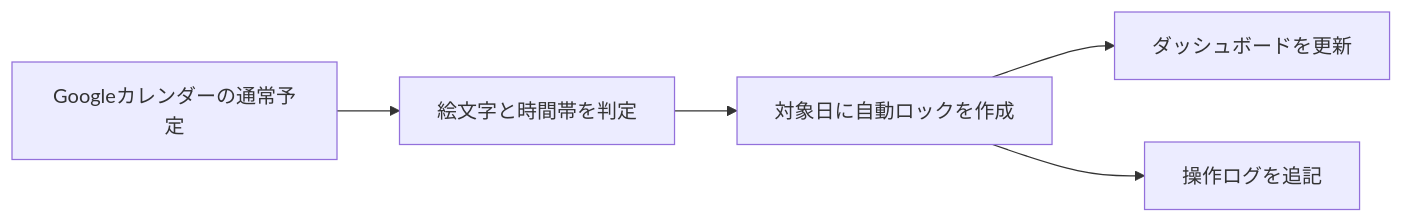
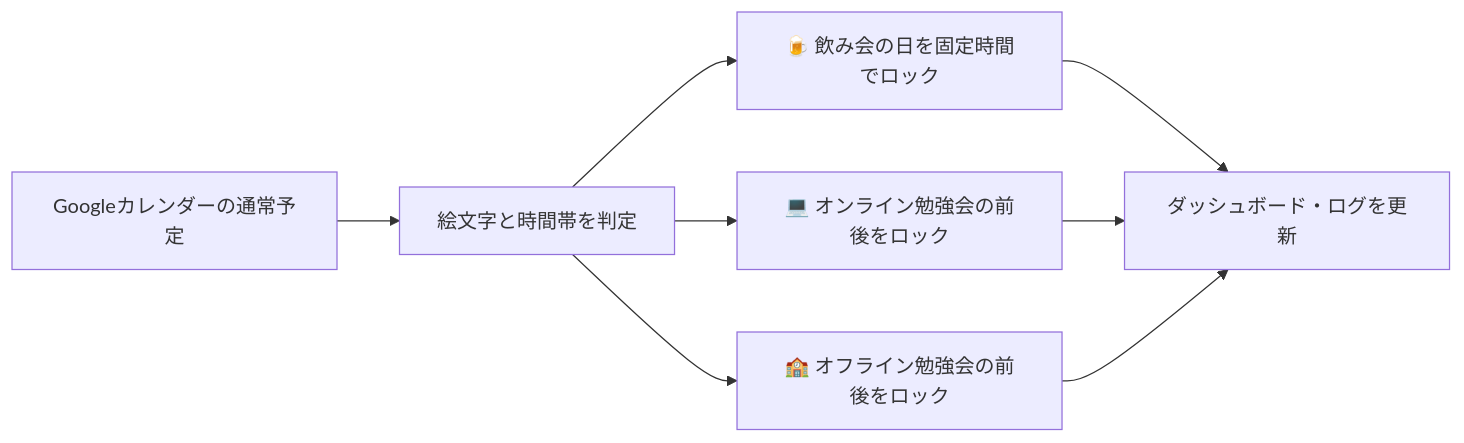
One commit to groundcobra009/calendar-emoji-time-lock-gas changed the diagram in README.md. Above: the diagram before and after it, drawn with Mermaid. The commit also changed other lines of this file and 6 other files, not shown here.

````diff
--- a/README.md
+++ b/README.md
@@ -31,7 +33,10 @@
 ```mermaid
 flowchart LR
     A["Googleカレンダーの通常予定"] --> B["絵文字と時間帯を判定"]
-    B --> C["対象日に自動ロックを作成"]
-    C --> D["ダッシュボードを更新"]
-    C --> E["操作ログを追記"]
+    B --> C["🍺 飲み会の日を固定時間でロック"]
+    B --> D["💻 オンライン勉強会の前後をロック"]
+    B --> E["🏫 オフライン勉強会の前後をロック"]
+    C --> F["ダッシュボード・ログを更新"]
+    D --> F
+    E --> F
 ```
````
